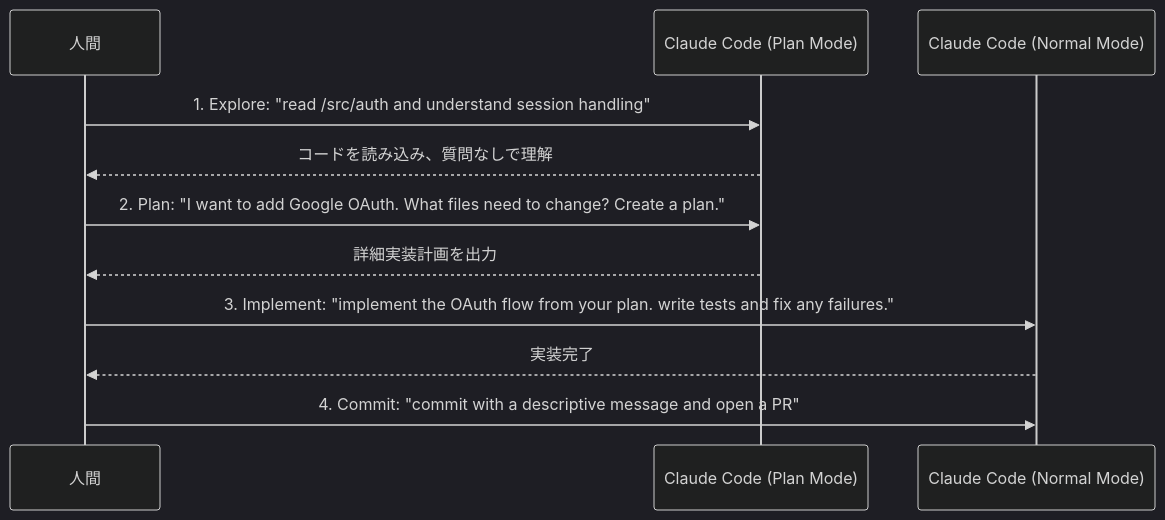
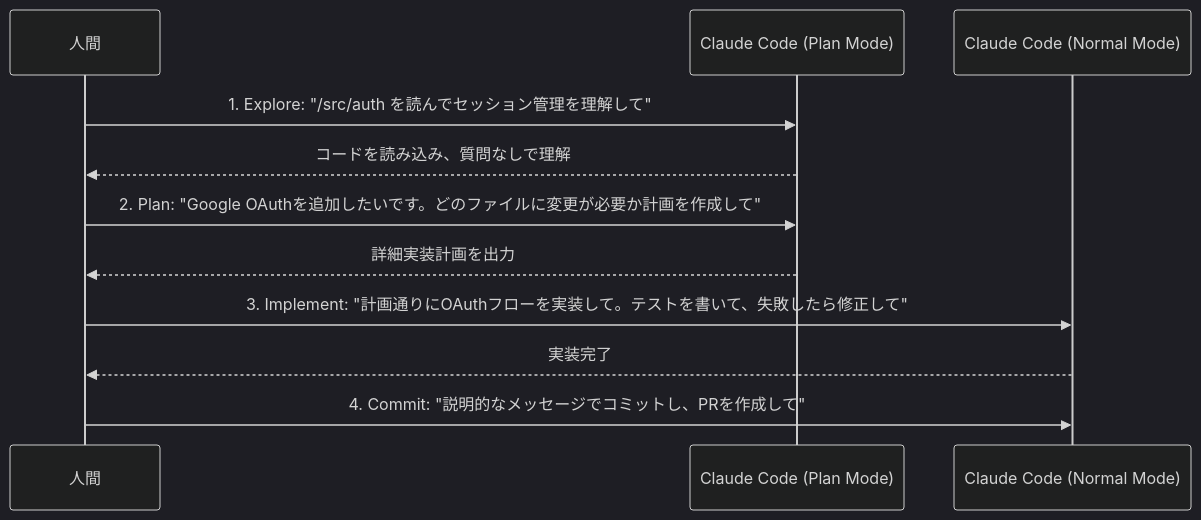
Before and after one commit to takuma39/ai: the fifth of 8 diagrams in AI駆動開発.md, drawn with Mermaid (dark theme). The commit also changed other lines of this file, not shown here.

````diff
--- a/AI駆動開発.md
+++ b/AI駆動開発.md
@@ -708,14 +708,14 @@
 ```mermaid
 sequenceDiagram
     participant 人間
     participant CC as Claude Code (Plan Mode)
     participant CC2 as Claude Code (Normal Mode)
 
-    人間->>CC: 1. Explore: "read /src/auth and understand session handling"
+    人間->>CC: 1. Explore: "/src/auth を読んでセッション管理を理解して"
     CC-->>人間: コードを読み込み、質問なしで理解
-    人間->>CC: 2. Plan: "I want to add Google OAuth. What files need to change? Create a plan."
+    人間->>CC: 2. Plan: "Google OAuthを追加したいです。どのファイルに変更が必要か計画を作成して"
     CC-->>人間: 詳細実装計画を出力
-    人間->>CC2: 3. Implement: "implement the OAuth flow from your plan. write tests and fix any failures."
+    人間->>CC2: 3. Implement: "計画通りにOAuthフローを実装して。テストを書いて、失敗したら修正して"
     CC2-->>人間: 実装完了
-    人間->>CC2: 4. Commit: "commit with a descriptive message and open a PR"
+    人間->>CC2: 4. Commit: "説明的なメッセージでコミットし、PRを作成して"
 ```
````
